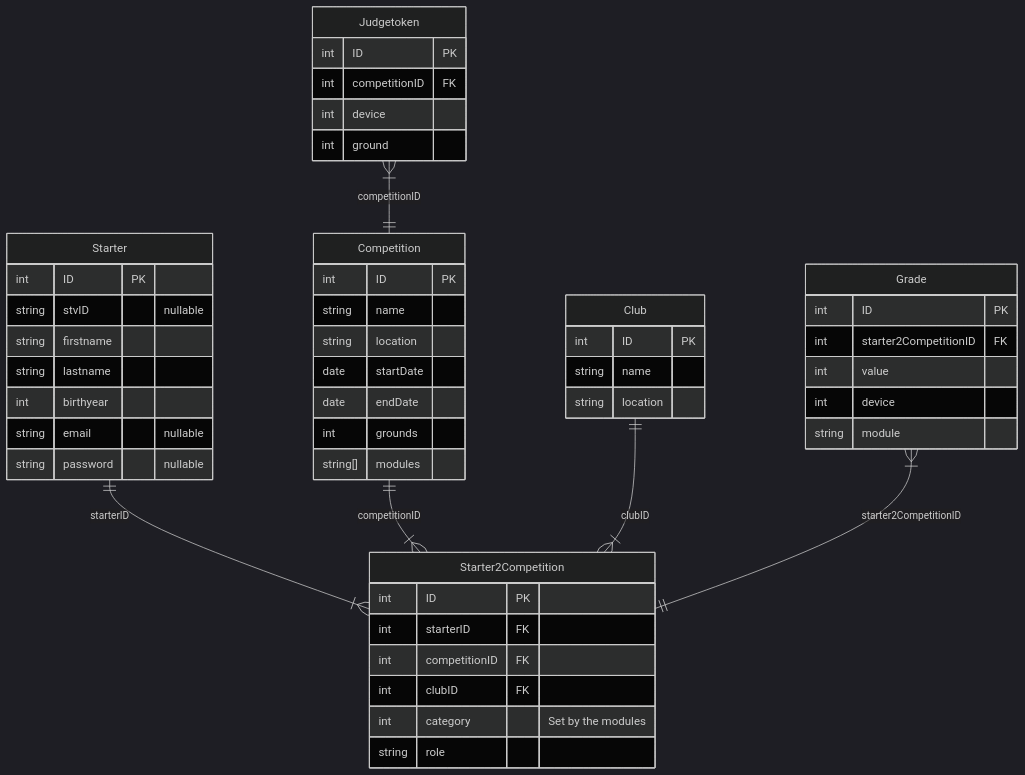
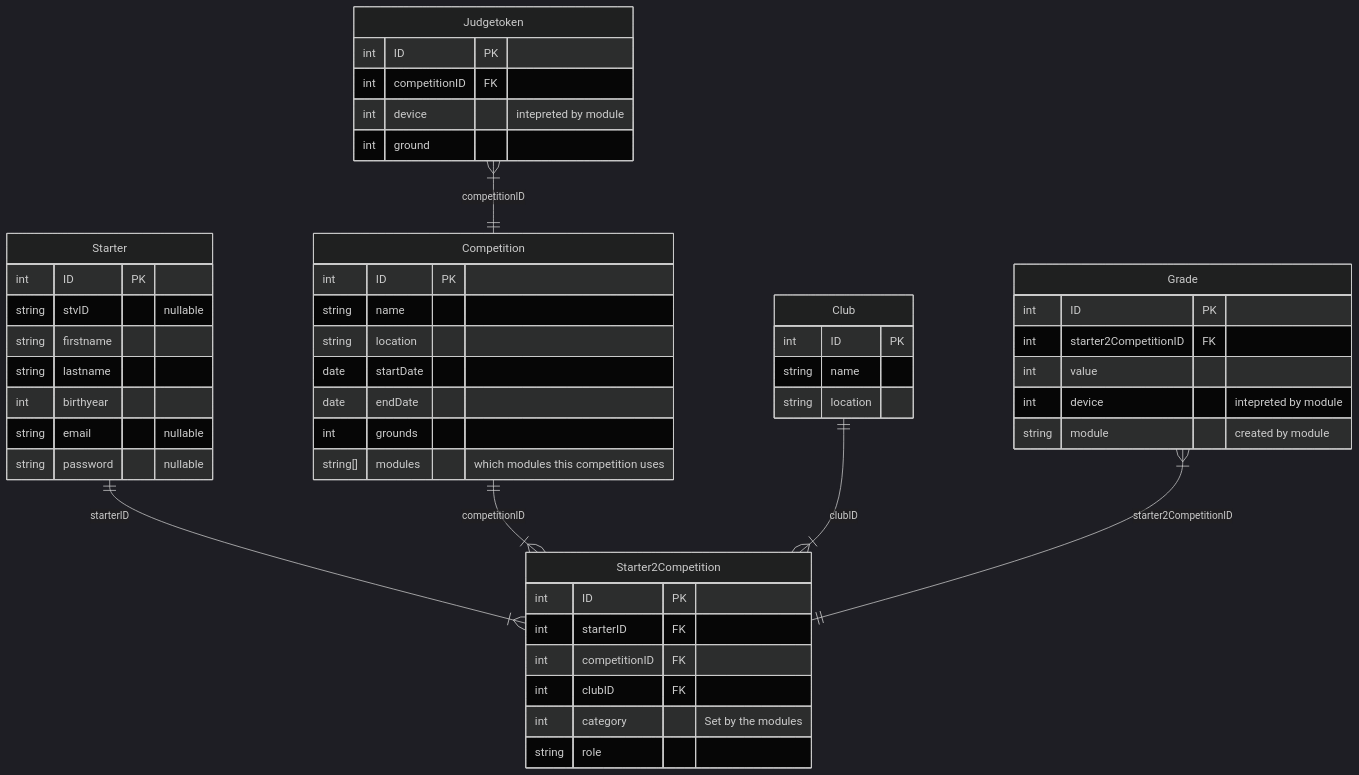
Before and after one commit to mathewmeconry/uteg-v2: the first of 2 diagrams in docs/DatabaseSchema.md, drawn with Mermaid (dark theme). The commit also changed 35 other files, not shown here.

````diff
--- a/docs/DatabaseSchema.md
+++ b/docs/DatabaseSchema.md
@@ -3,60 +3,60 @@
 ```mermaid
 erDiagram
     Starter {
         int ID PK
         string stvID "nullable"
         string firstname
         string lastname
         int birthyear
         string email "nullable"
         string password "nullable"
     }
 
     Club {
         int ID PK
         string name
         string location
     }
 
     Competition {
         int ID PK
         string name
         string location
         date startDate
         date endDate
         int grounds
-        string[] modules
+        string[] modules "which modules this competition uses"
     }
 
     Starter2Competition {
         int ID PK
         int starterID FK
         int competitionID FK
         int clubID FK
         int category "Set by the modules"
         string role
     }
 
     Starter ||--}| Starter2Competition : starterID
     Competition ||--}| Starter2Competition : competitionID
     Club ||--}| Starter2Competition : clubID
 
     Grade {
         int ID PK
         int starter2CompetitionID FK
         int value
-        int device
-        string module
+        int device "intepreted by module"
+        string module "created by module"
     }
 
     Grade |{--|| Starter2Competition: starter2CompetitionID
 
     Judgetoken {
         int ID PK
         int competitionID FK
-        int device
+        int device "intepreted by module"
         int ground
     }
     
     Judgetoken |{--|| Competition: competitionID
 ```
````
